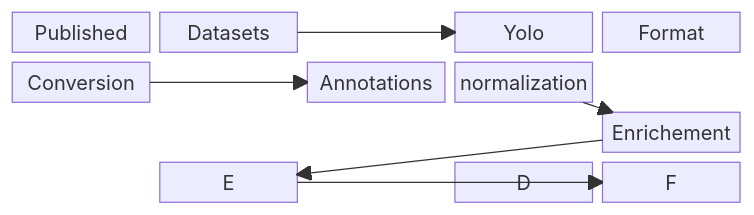
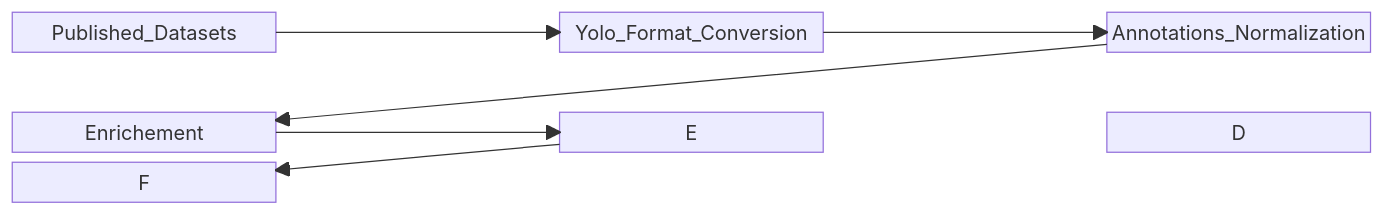
The second of 2 diagrams in README.md (Anarchiviste/GenHisDoc_Lab), drawn with Mermaid before and after one commit.

````diff
--- a/README.md
+++ b/README.md
@@ -33,14 +33,14 @@
 ```mermaid
 block-beta
    columns 5
-   Published Datasets space Yolo Format Conversion space Annotations normalization
+   Published_Datasets space Yolo_Format_Conversion space Annotations_Normalization
    space space space space space
    Enrichement space E space D
 
-   Published Datasets --> Yolo Format Conversion
-   Yolo Format Conversion -->  Annotations normalization
-   Annotations normalization --> Enrichement
+   Published_Datasets --> Yolo_Format_Conversion
+   Yolo_Format_Conversion -->  Annotations_Normalization
+   Annotations_Normalization --> Enrichement
    Enrichement --> E
    E --> F
 
 ```
````
